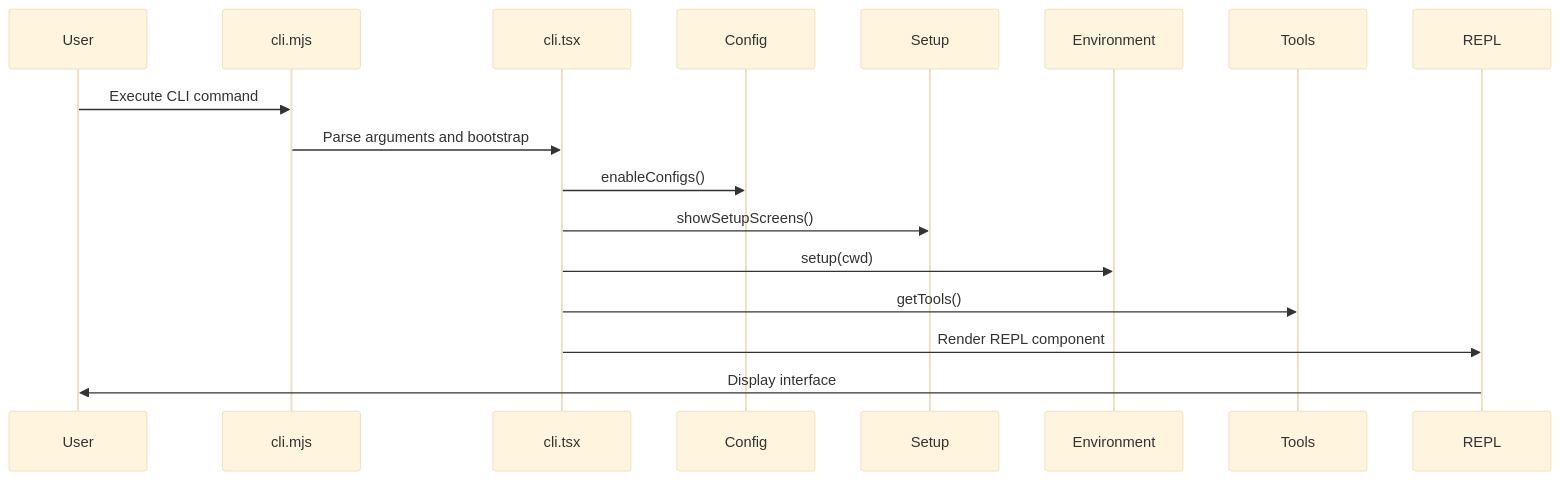
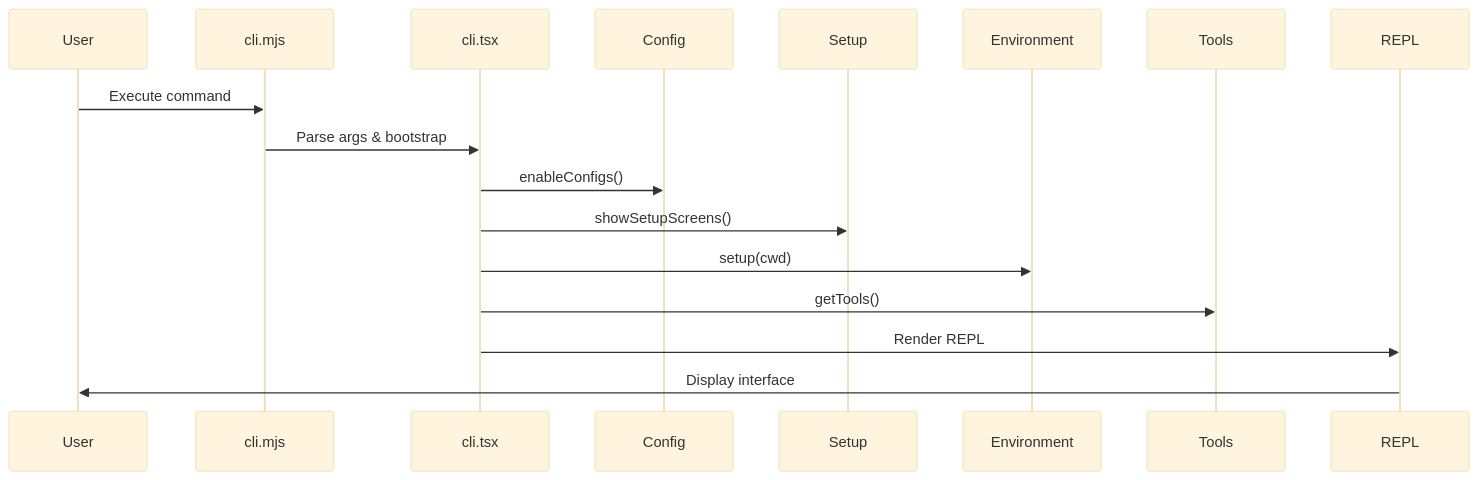
Before and after one commit to Szermer/QED: the second of 4 diagrams in src/initialization-process.md, drawn with Mermaid (base theme). The commit also changed other lines of this file and 1 other file, not shown here.

````diff
--- a/src/initialization-process.md
+++ b/src/initialization-process.md
@@ -119,11 +111,11 @@
 ```mermaid
 sequenceDiagram
-    User->>cli.mjs: Execute CLI command
-    cli.mjs->>cli.tsx: Parse arguments and bootstrap
+    User->>cli.mjs: Execute command
+    cli.mjs->>cli.tsx: Parse args & bootstrap
     cli.tsx->>Config: enableConfigs()
     cli.tsx->>Setup: showSetupScreens()
     cli.tsx->>Environment: setup(cwd)
     cli.tsx->>Tools: getTools()
-    cli.tsx->>REPL: Render REPL component
+    cli.tsx->>REPL: Render REPL
     REPL->>User: Display interface
 ```
````
